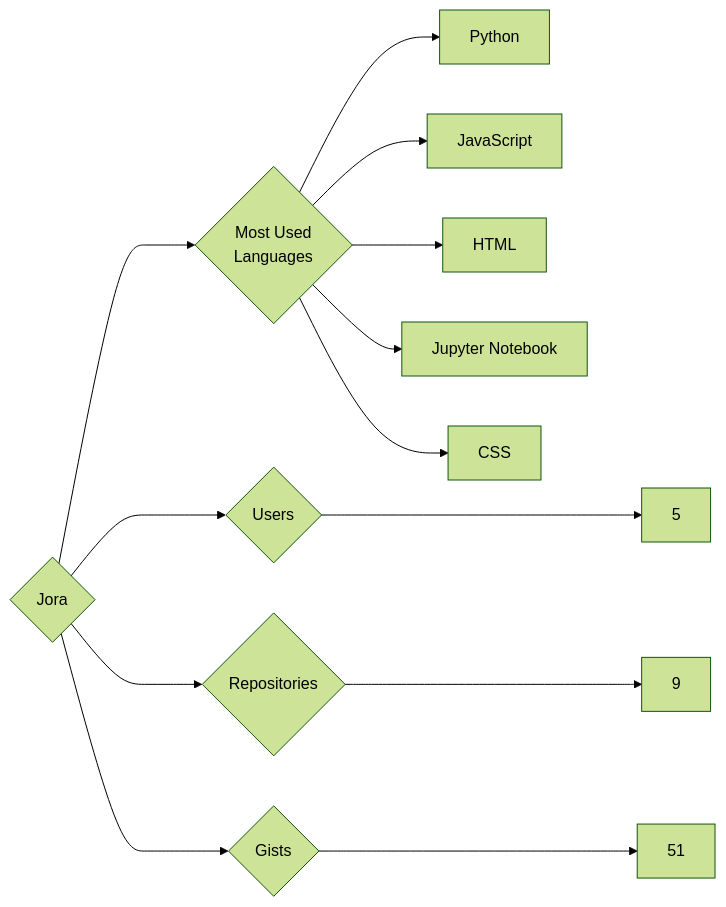
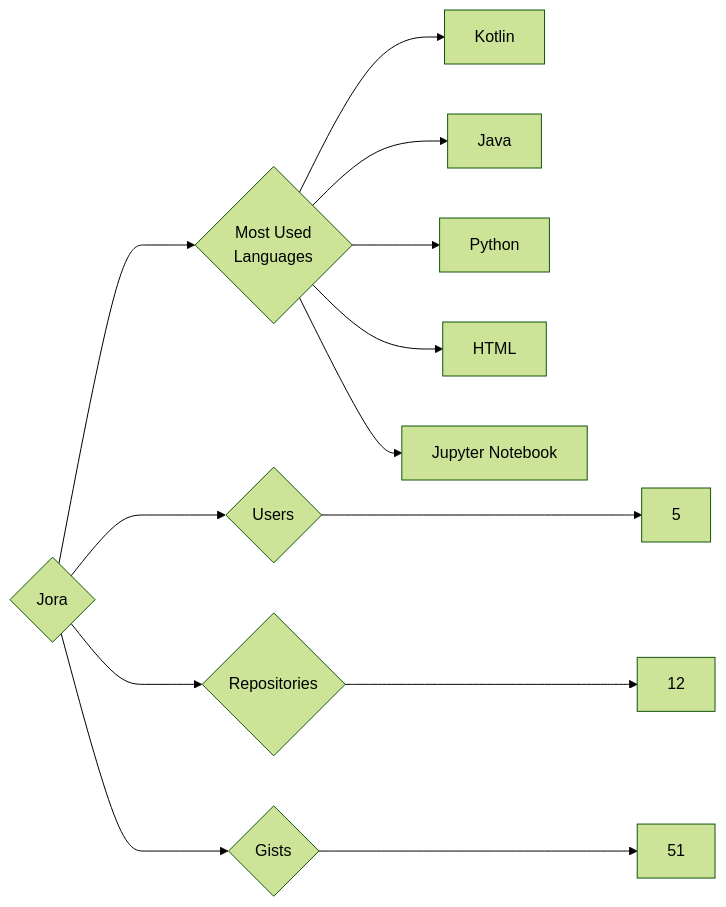
One commit to trickest/insiders changed the diagram in targets/Jora/README.md. Above: the diagram before and after it, drawn with Mermaid (forest theme). The commit also changed 553 other files, not shown here.

````diff
--- a/targets/Jora/README.md
+++ b/targets/Jora/README.md
@@ -3,13 +3,13 @@
 ```mermaid
 graph LR
 COMPANY_NAME{Jora}
 COMPANY_NAME ---> U{Users} ---> UN[5]
-COMPANY_NAME ---> R{Repositories} ---> RN[9]
+COMPANY_NAME ---> R{Repositories} ---> RN[12]
 COMPANY_NAME ---> G{Gists} ---> GN[51]
 COMPANY_NAME ---> ML{Most Used<br>Languages}
+ML --> Kotlin[Kotlin]
+ML --> Java[Java]
 ML --> Python[Python]
-ML --> JavaScript[JavaScript]
 ML --> HTML[HTML]
 ML --> Jupyter_Notebook[Jupyter Notebook]
-ML --> CSS[CSS]
 ```
````
